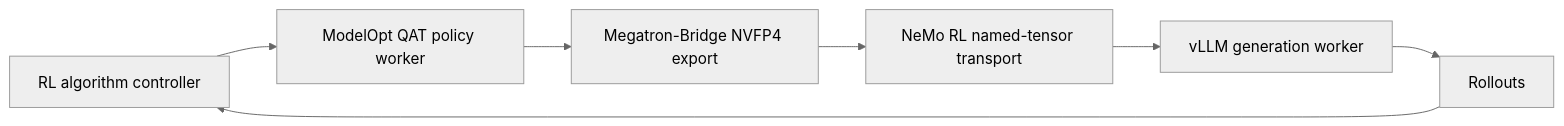
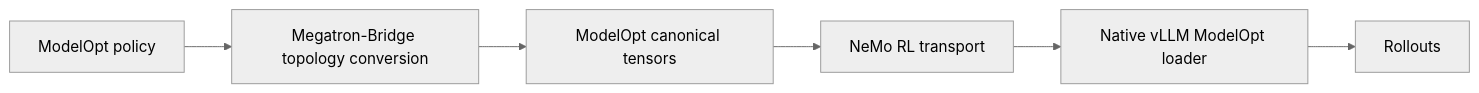
One commit to NVIDIA-NeMo/RL changed the diagram in docs/design-docs/modelopt-real-quant-architecture.md. Above: the diagram before and after it, drawn with Mermaid (neutral theme). The commit also changed other lines of this file and 6 other files, not shown here.

````diff
--- a/docs/design-docs/modelopt-real-quant-architecture.md
+++ b/docs/design-docs/modelopt-real-quant-architecture.md
@@ -43,9 +42,8 @@
 ```mermaid
 flowchart LR
-    A[RL algorithm controller] --> B[ModelOpt QAT policy worker]
-    B --> C[Megatron-Bridge NVFP4 export]
-    C --> D[NeMo RL named-tensor transport]
-    D --> E[vLLM generation worker]
+    A[ModelOpt policy] --> B[Megatron-Bridge topology conversion]
+    B --> C[ModelOpt canonical tensors]
+    C --> D[NeMo RL transport]
+    D --> E[Native vLLM ModelOpt loader]
     E --> F[Rollouts]
-    F --> A
 ```
````
